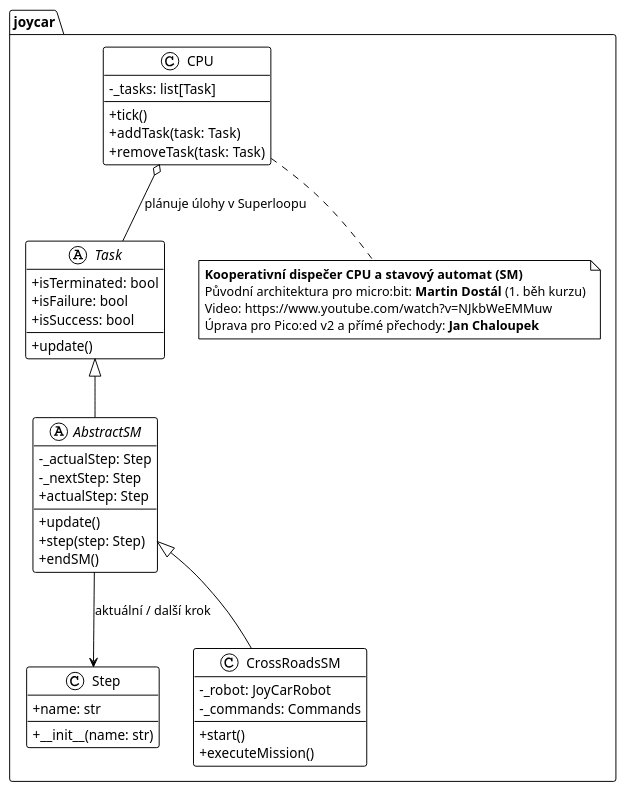
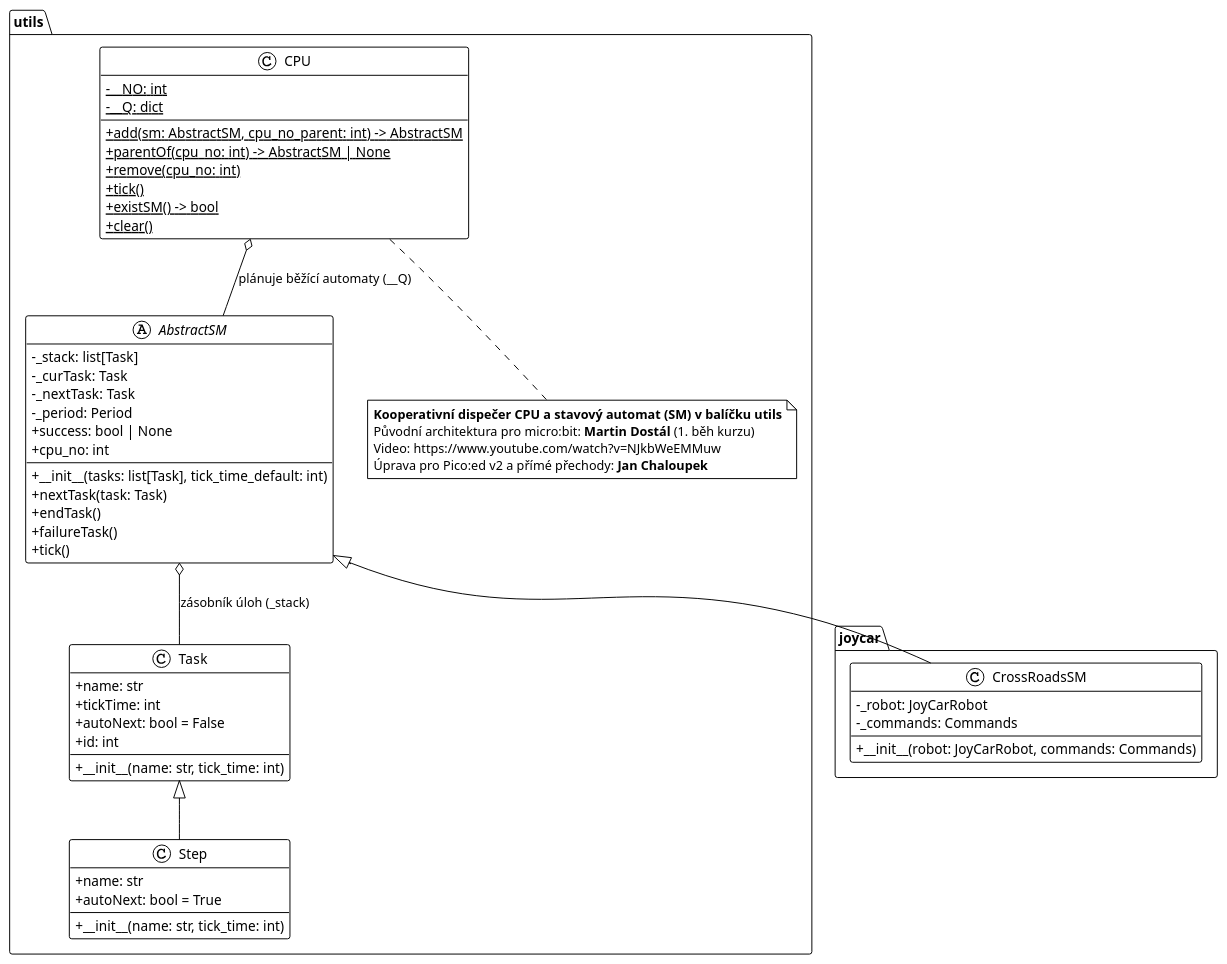
One commit to JanChaloupek/robot-programming3 changed the diagram in docs/diagrams/sm.puml. Above: the diagram before and after it, drawn with PlantUML. The commit also changed 16 other files, not shown here.

```diff
--- a/docs/diagrams/sm.puml
+++ b/docs/diagrams/sm.puml
@@ -1,55 +1,68 @@
 @startuml sm
 !theme plain
 skinparam classAttributeIconSize 0
 
-namespace joycar {
+namespace utils {
 
     class Step {
         + name: str
-        + __init__(name: str)
+        + autoNext: bool = True
+        + __init__(name: str, tick_time: int)
     }
 
-    abstract class Task {
-        + isTerminated: bool
-        + isFailure: bool
-        + isSuccess: bool
-        + update()
+    class Task {
+        + name: str
+        + tickTime: int
+        + autoNext: bool = False
+        + id: int
+        + __init__(name: str, tick_time: int)
     }
 
     class CPU {
-        - _tasks: list[Task]
-        + tick()
-        + addTask(task: Task)
-        + removeTask(task: Task)
+        - {static} __NO: int
+        - {static} __Q: dict
+        + {static} add(sm: AbstractSM, cpu_no_parent: int) -> AbstractSM
+        + {static} parentOf(cpu_no: int) -> AbstractSM | None
+        + {static} remove(cpu_no: int)
+        + {static} tick()
+        + {static} existSM() -> bool
+        + {static} clear()
     }
 
     abstract class AbstractSM {
-        - _actualStep: Step
-        - _nextStep: Step
-        + actualStep: Step
-        + update()
-        + step(step: Step)
-        + endSM()
+        - _stack: list[Task]
+        - _curTask: Task
+        - _nextTask: Task
+        - _period: Period
+        + success: bool | None
+        + cpu_no: int
+        + __init__(tasks: list[Task], tick_time_default: int)
+        + nextTask(task: Task)
+        + endTask()
+        + failureTask()
+        + tick()
     }
 
-    class CrossRoadsSM {
-        - _robot: JoyCarRobot
-        - _commands: Commands
-        + start()
-        + executeMission()
-    }
-
-    Task <|-- AbstractSM
-    AbstractSM <|-- CrossRoadsSM
-    CPU o-- Task : "plánuje úlohy v Superloopu"
-    AbstractSM --> Step : "aktuální / další krok"
+    Task <|-- Step
+    AbstractSM o-- Task : "zásobník úloh (_stack)"
+    CPU o-- AbstractSM : "plánuje běžící automaty (__Q)"
 
     note bottom of CPU
-        <b>Kooperativní dispečer CPU a stavový automat (SM)</b>
+        <b>Kooperativní dispečer CPU a stavový automat (SM) v balíčku utils</b>
         Původní architektura pro micro:bit: <b>Martin Dostál</b> (1. běh kurzu)
         Video: https://www.youtube.com/watch?v=NJkbWeEMMuw
         Úprava pro Pico:ed v2 a přímé přechody: <b>Jan Chaloupek</b>
     end note
 }
 
+namespace joycar {
+    class CrossRoadsSM {
+        - _robot: JoyCarRobot
+        - _commands: Commands
+        + __init__(robot: JoyCarRobot, commands: Commands)
+    }
+
+    utils.AbstractSM <|-- CrossRoadsSM
+}
+
 @enduml
```
